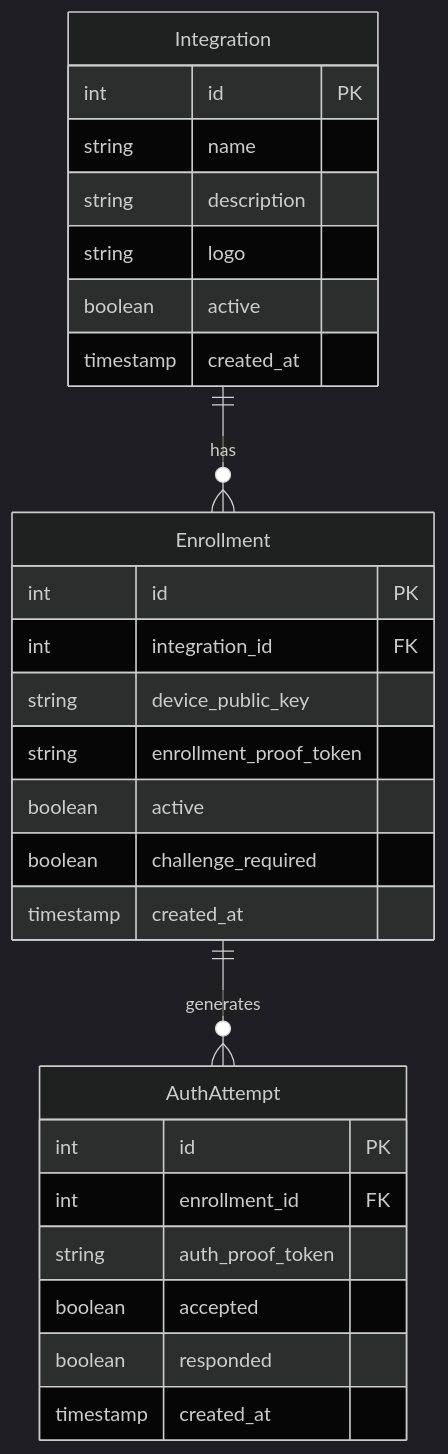
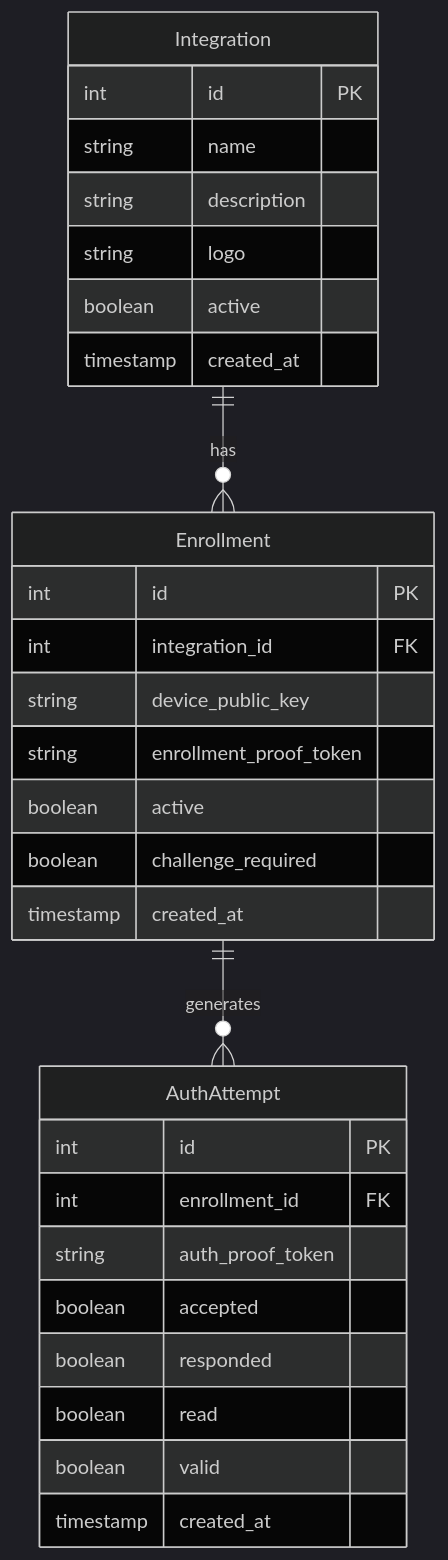
One commit to mgagp/ezkey changed the fourth of 11 diagrams in README.md. Above: the diagram before and after it, drawn with Mermaid (dark theme). The commit also changed other lines of this file, not shown here.

````diff
--- a/README.md
+++ b/README.md
@@ -157,30 +166,32 @@
 ```mermaid
 erDiagram
     Integration ||--o{ Enrollment : "has"
     Enrollment ||--o{ AuthAttempt : "generates"
     Integration {
         int id PK
         string name
         string description
         string logo
         boolean active
         timestamp created_at
     }
     Enrollment {
         int id PK
         int integration_id FK
         string device_public_key
         string enrollment_proof_token
         boolean active
         boolean challenge_required
         timestamp created_at
     }
     AuthAttempt {
         int id PK
         int enrollment_id FK
         string auth_proof_token
         boolean accepted
         boolean responded
+        boolean read
+        boolean valid
         timestamp created_at
     }
 ```
````
